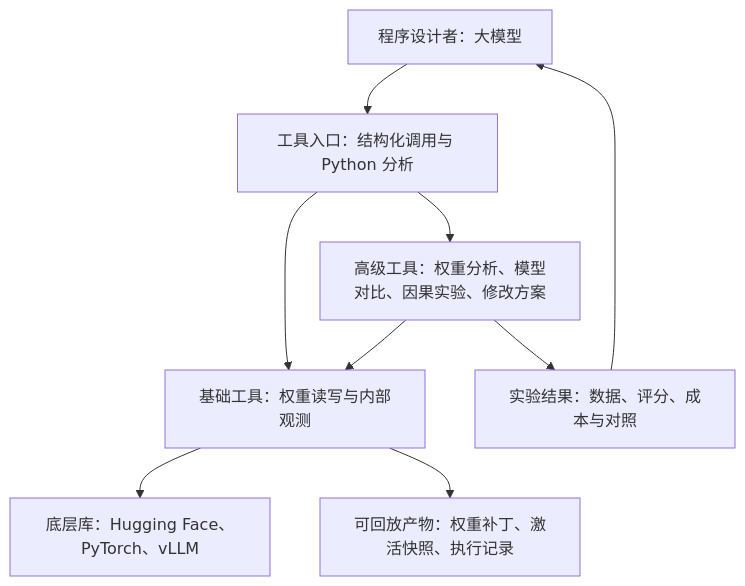
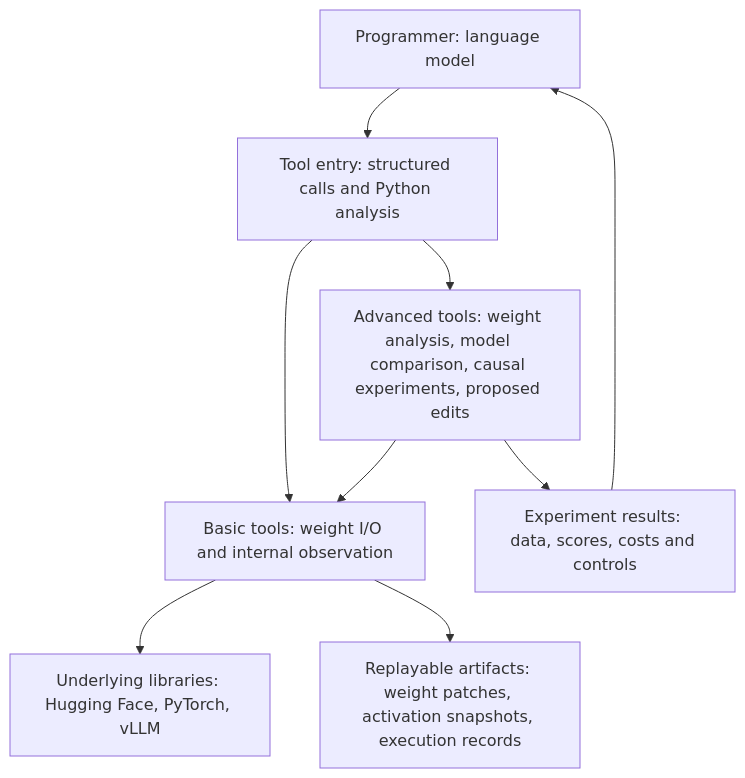
The diagram in docs/architecture.md (ZeroTang05/WSP-toolkit), drawn with Mermaid before and after one commit. The commit also changed other lines of this file and 114 other files, not shown here.

````diff
--- a/docs/architecture.md
+++ b/docs/architecture.md
@@ -13,11 +13,11 @@
 ```mermaid
 flowchart TD
-    A[程序设计者：大模型] --> B[工具入口：结构化调用与 Python 分析]
-    B --> C[高级工具：权重分析、模型对比、因果实验、修改方案]
-    B --> D[基础工具：权重读写与内部观测]
+    A[Programmer: language model] --> B[Tool entry: structured calls and Python analysis]
+    B --> C[Advanced tools: weight analysis, model comparison, causal experiments, proposed edits]
+    B --> D[Basic tools: weight I/O and internal observation]
     C --> D
-    D --> E[底层库：Hugging Face、PyTorch、vLLM]
-    C --> F[实验结果：数据、评分、成本与对照]
-    D --> G[可回放产物：权重补丁、激活快照、执行记录]
+    D --> E[Underlying libraries: Hugging Face, PyTorch, vLLM]
+    C --> F[Experiment results: data, scores, costs and controls]
+    D --> G[Replayable artifacts: weight patches, activation snapshots, execution records]
     F --> A
 ```
````
